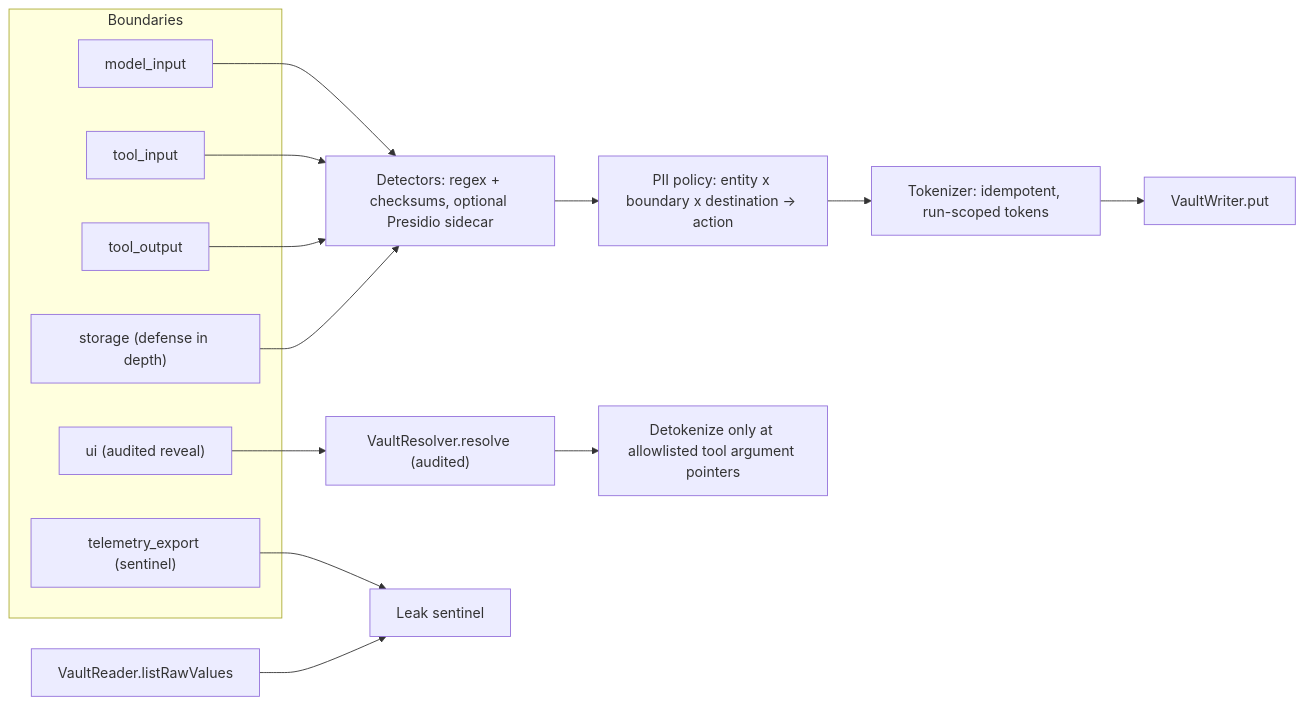
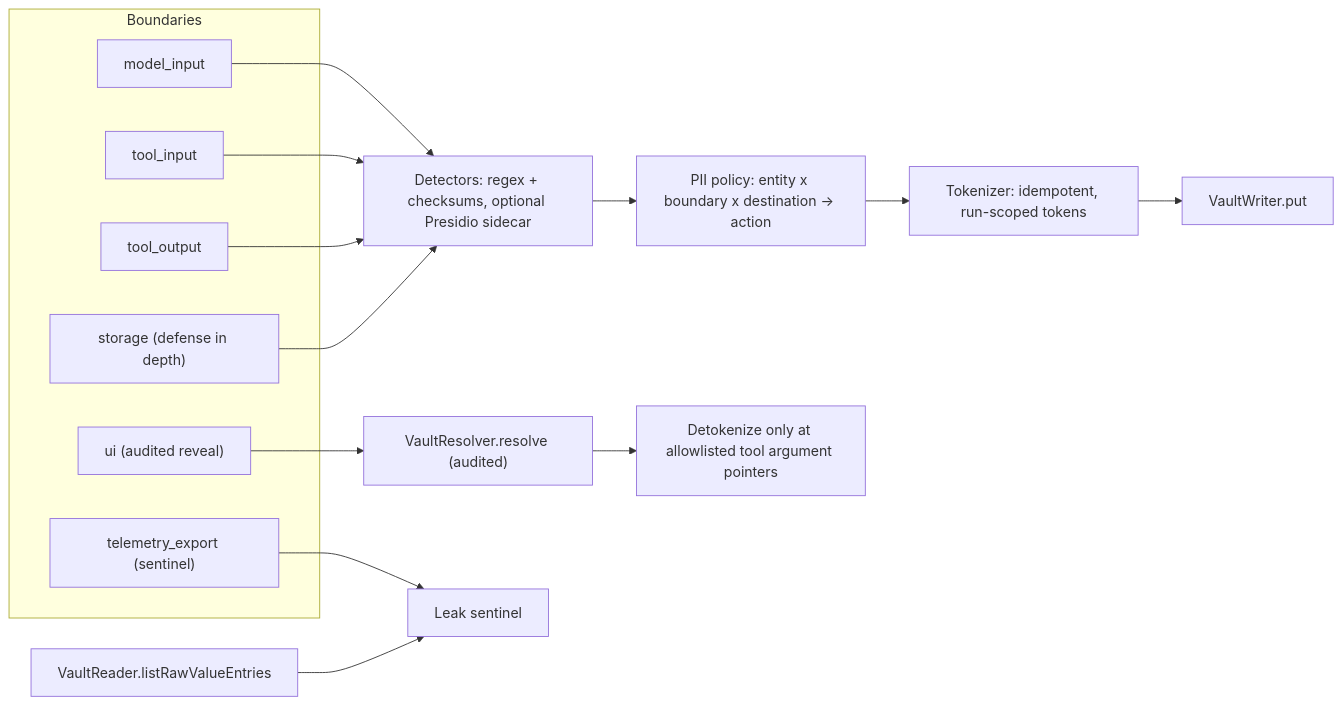
The seventh of 18 diagrams in README.md (Rovinos-AI/rovinos-ai-harness), drawn with Mermaid before and after one commit. The commit also changed other lines of this file and 51 other files, not shown here.

````diff
--- a/README.md
+++ b/README.md
@@ -390,22 +393,22 @@
 ```mermaid
 flowchart LR
   subgraph Boundaries
     MI["model_input"]
     TI["tool_input"]
     TO["tool_output"]
     ST["storage (defense in depth)"]
     UI["ui (audited reveal)"]
     TE["telemetry_export (sentinel)"]
   end
   DET["Detectors: regex + checksums, optional Presidio sidecar"] --> POLY["PII policy: entity x boundary x destination -> action"]
   POLY --> TOK["Tokenizer: idempotent, run-scoped tokens"]
   TOK --> VW["VaultWriter.put"]
   VR["VaultResolver.resolve (audited)"] --> DETOK["Detokenize only at allowlisted tool argument pointers"]
-  VRD["VaultReader.listRawValues"] --> SEN["Leak sentinel"]
+  VRD["VaultReader.listRawValueEntries"] --> SEN["Leak sentinel"]
   MI --> DET
   TI --> DET
   TO --> DET
   ST --> DET
   UI --> VR
   TE --> SEN
 ```
````
